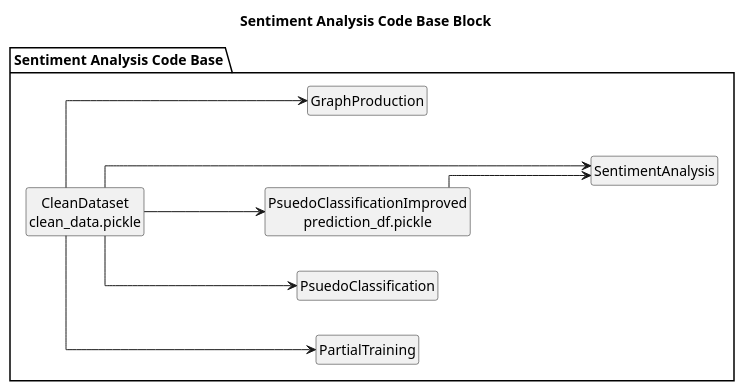
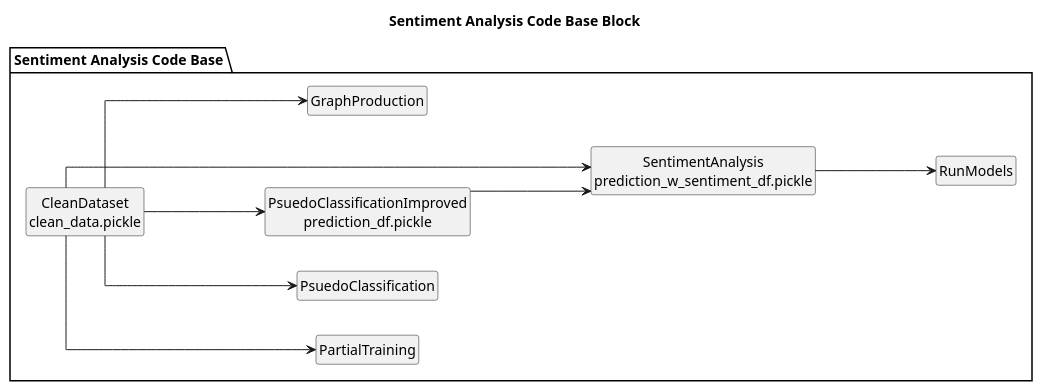
One commit to benjobean123/Thesis changed the diagram in Code/diagrams/CodeBaseBlock.wsd. Above: the diagram before and after it, drawn with PlantUML. The commit also changed 6 other files, not shown here.

Commit message:
updated diagram names to match the diagram code

```diff
--- a/Code/diagrams/CodeBaseBlock.wsd
+++ b/Code/diagrams/CodeBaseBlock.wsd
@@ -1,32 +1,34 @@
 @startuml Sentiment Analysis Code Base Block
 
 title Sentiment Analysis Code Base Block
 
 'skinparam linetype polyline
 skinparam linetype ortho
 left to right direction
 skinparam style strictuml
 hide empty members
 
 
 
 package "Sentiment Analysis Code Base" as SACB {
   'define blocks
   class "CleanDataset\nclean_data.pickle" as CD
   class "PartialTraining" as PT
   class "PsuedoClassification" as PC
   class "PsuedoClassificationImproved\nprediction_df.pickle" as PCI
-  class "SentimentAnalysis" as SA
+  class "SentimentAnalysis\nprediction_w_sentiment_df.pickle" as SA
   class "GraphProduction" as GP
+  class "RunModels" as  RM
   
   'add linkages
   CD ---> PT
   CD ---> PC
   CD ---> PCI
   CD ---> SA
   CD ---> GP
   PCI ---> SA
+  SA---> RM
   
 }
 
 @enduml
```
